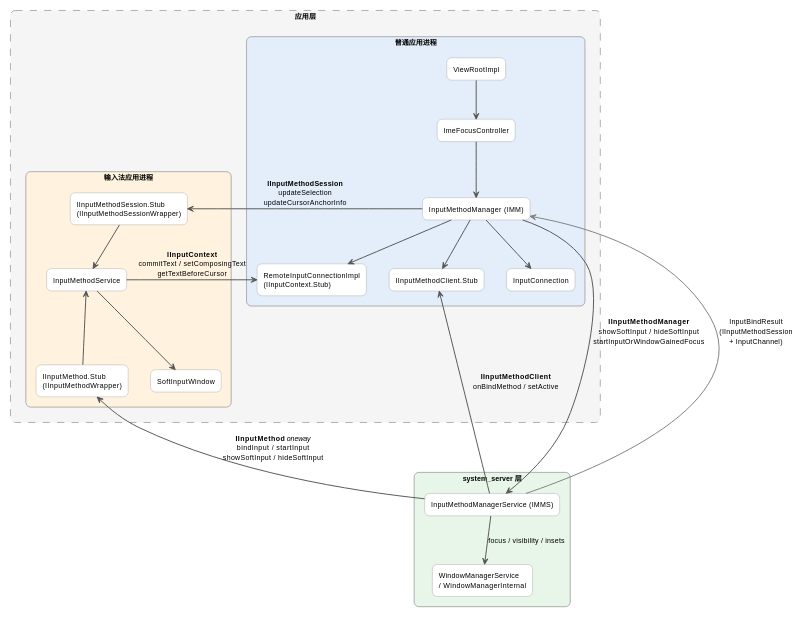
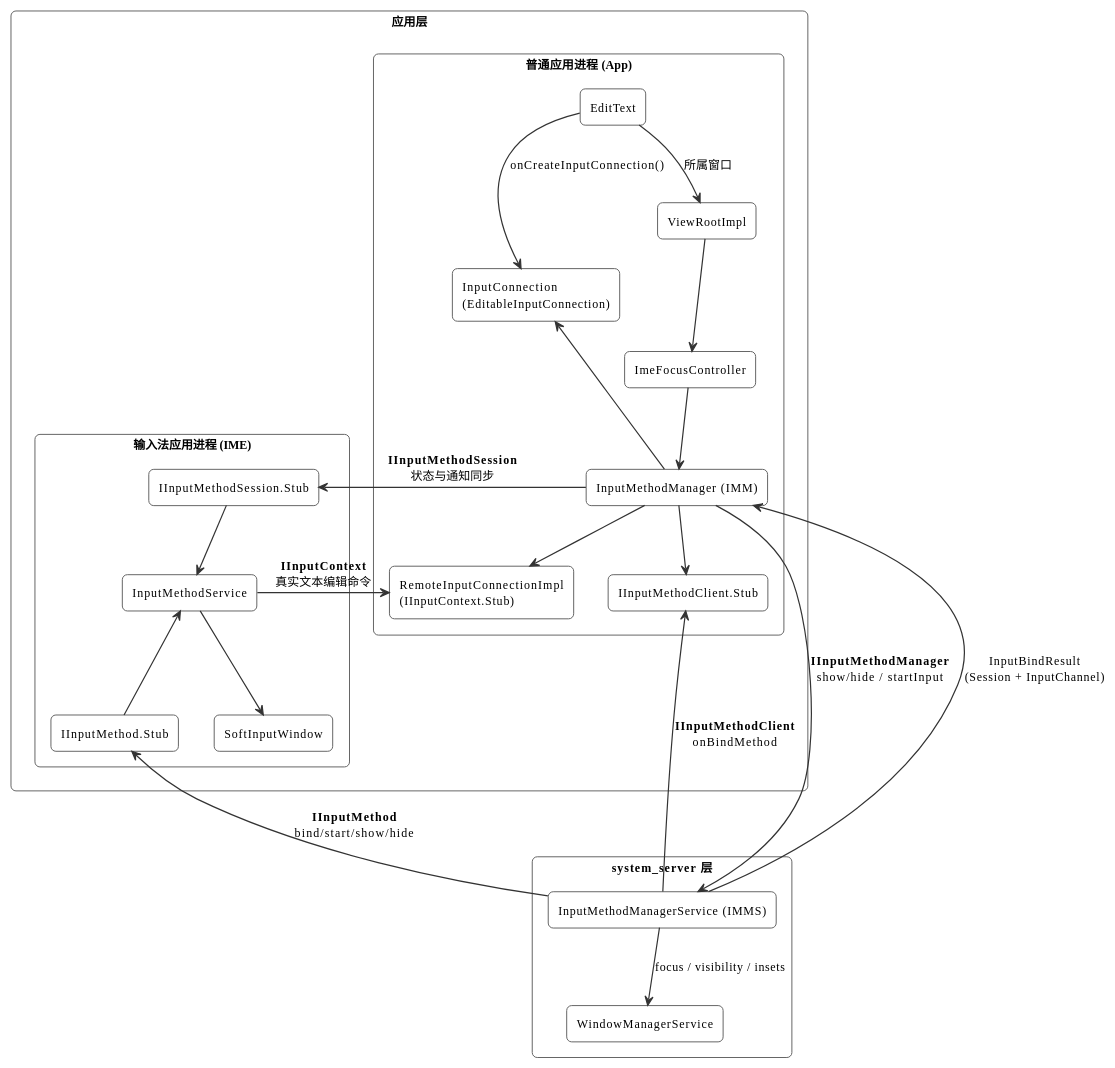
One commit to Ethen-Cao/ethenslab changed the first of 6 diagrams in content/android-dev/windowmanager/InputMethod.md. Above: the diagram before and after it, drawn with PlantUML. The commit also changed other lines of this file and 3 other files, not shown here.

````diff
--- a/content/android-dev/windowmanager/InputMethod.md
+++ b/content/android-dev/windowmanager/InputMethod.md
@@ -22,74 +22,68 @@
 ```plantuml
 @startuml
-scale 768 width
+!theme plain
+skinparam defaultFontColor black
+scale 1080 width
 skinparam {
-    rectangleRoundCorner 15
-    defaultFontSize 11
-    defaultFontName "Noto Sans CJK SC,sans-serif"
+    rectangleRoundCorner 10
+    defaultFontSize 12
     shadowing false
-    handwritten false
-    rectangleBorderColor #888888
-    arrowColor #555555
-    arrowThickness 1.5
-    noteBorderColor #BBBBBB
-    noteFontSize 10
+    rectangleBorderColor #666666
+    arrowColor #333333
+    arrowThickness 1.2
 }
 
-' ========== 应用层 ==========
-rectangle "应用层" as AppLayer #F5F5F5;line.dashed {
+rectangle "应用层" as AppLayer {
+    rectangle "普通应用进程 (App)" as APP {
+        rectangle "EditText" as ET
+        rectangle "ViewRootImpl" as VRI
+        rectangle "ImeFocusController" as IFC
+        rectangle "InputMethodManager (IMM)" as IMM
+        rectangle "InputConnection\n(EditableInputConnection)" as IC
+        rectangle "RemoteInputConnectionImpl\n(IInputContext.Stub)" as RIC
+        rectangle "IInputMethodClient.Stub" as CLIENT
 
-    ' ----- 普通应用 -----
-    rectangle "普通应用进程" as APP #E3EEFA {
-        rectangle "ViewRootImpl" as VRI #FFFFFF
-        rectangle "ImeFocusController" as IFC #FFFFFF
-        rectangle "InputMethodManager (IMM)" as IMM #FFFFFF
-        rectangle "InputConnection" as IC #FFFFFF
-        rectangle "RemoteInputConnectionImpl\n(IInputContext.Stub)" as RIC #FFFFFF
-        rectangle "IInputMethodClient.Stub" as CLIENT #FFFFFF
-
+        ET -down-> VRI : 所属窗口
+        ET -down-> IC : onCreateInputConnection()
         VRI -down-> IFC
         IFC -down-> IMM
-        IMM -down-> IC
+        IMM -up-> IC
         IMM -down-> RIC
         IMM -down-> CLIENT
     }
 
-    ' ----- 输入法应用 -----
-    rectangle "输入法应用进程" as IMEPROC #FFF3E0 {
-        rectangle "IInputMethod.Stub\n(IInputMethodWrapper)" as IIM #FFFFFF
-        rectangle "IInputMethodSession.Stub\n(IInputMethodSessionWrapper)" as SESSION #FFFFFF
-        rectangle "InputMethodService" as IMS #FFFFFF
-        rectangle "SoftInputWindow" as SIW #FFFFFF
+    rectangle "输入法应用进程 (IME)" as IMEPROC {
+        rectangle "IInputMethod.Stub" as IIM
+        rectangle "IInputMethodSession.Stub" as SESSION
+        rectangle "InputMethodService" as IMS
+        rectangle "SoftInputWindow" as SIW
 
         IIM -up-> IMS
         SESSION -down-> IMS
         IMS -down-> SIW
     }
 }
 
-' ========== system_server 层 ==========
-rectangle "system_server 层" as SSLayer #E8F5E9 {
-    rectangle "InputMethodManagerService (IMMS)" as IMMS #FFFFFF
-    rectangle "WindowManagerService\n/ WindowManagerInternal" as WMS #FFFFFF
+rectangle "system_server 层" as SSLayer {
+    rectangle "InputMethodManagerService (IMMS)" as IMMS
+    rectangle "WindowManagerService" as WMS
 
     IMMS -down-> WMS : focus / visibility / insets
 }
 
-' ========== 跨进程 Binder 接口 ==========
-
 ' App → IMMS (同步 Binder)
-IMM -down-> IMMS : **IInputMethodManager**\nshowSoftInput / hideSoftInput\nstartInputOrWindowGainedFocus
+IMM -down-> IMMS : **IInputMethodManager**\nshow/hide / startInput
 
 ' IMMS → App (回调)
-IMMS -up-> CLIENT : **IInputMethodClient**\nonBindMethod / setActive
-IMMS -up-> IMM #Gray : InputBindResult\n(IInputMethodSession\n+ InputChannel)
+IMMS -up-> CLIENT : **IInputMethodClient**\nonBindMethod
+IMMS -up-> IMM : InputBindResult\n(Session + InputChannel)
 
 ' IMMS → IME (oneway Binder)
-IMMS -up-> IIM : **IInputMethod** //oneway//\nbindInput / startInput\nshowSoftInput / hideSoftInput
+IMMS -up-> IIM : **IInputMethod**\nbind/start/show/hide
 
 ' App ↔ IME (直连，不经过 IMMS)
-IMM -right-> SESSION : **IInputMethodSession**\nupdateSelection\nupdateCursorAnchorInfo
-IMS -left-> RIC : **IInputContext**\ncommitText / setComposingText\ngetTextBeforeCursor
+IMM -right-> SESSION : **IInputMethodSession**\n状态与通知同步
+IMS -left-> RIC : **IInputContext**\n真实文本编辑命令
 
 @enduml
 ```
````
